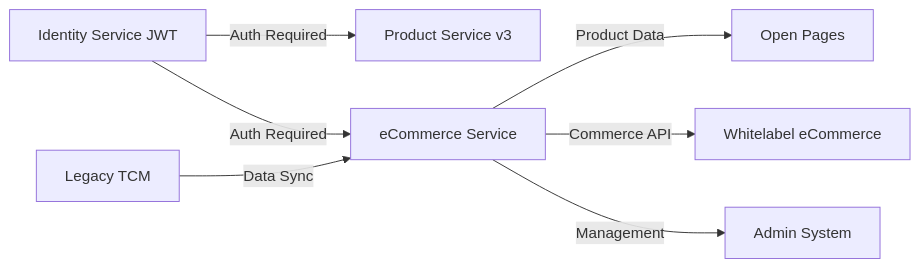
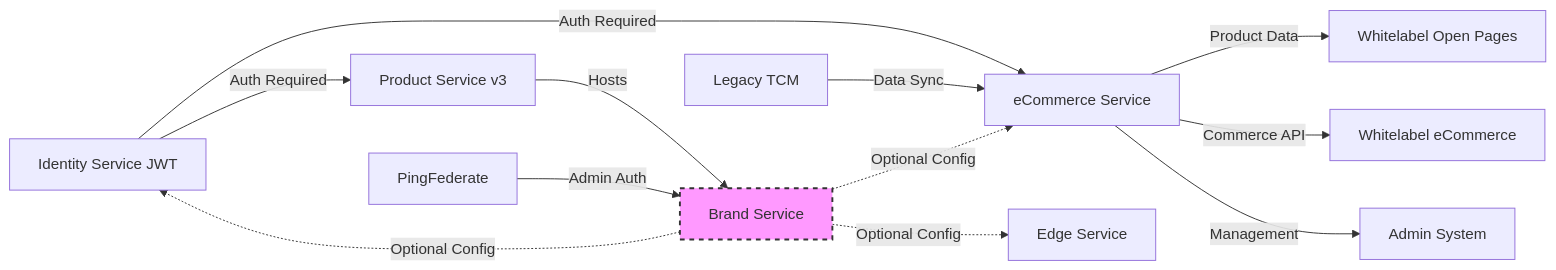
The diagram in docs/portfolio/documentation/dependency-matrix.md (Nschumi/work-docs-work), drawn with Mermaid before and after one commit. The commit also changed other lines of this file and 18 other files, not shown here.

````diff
--- a/docs/portfolio/documentation/dependency-matrix.md
+++ b/docs/portfolio/documentation/dependency-matrix.md
@@ -23,9 +27,17 @@
 ```mermaid
 graph LR
     A[Identity Service JWT] -->|Auth Required| B[Product Service v3]
     A -->|Auth Required| C[eCommerce Service]
-    C -->|Product Data| D[Open Pages]
+    C -->|Product Data| D[Whitelabel Open Pages]
     C -->|Commerce API| E[Whitelabel eCommerce]
     C -->|Management| F[Admin System]
     G[Legacy TCM] -->|Data Sync| C
+    
+    H[Brand Service] -.->|Optional Config| C
+    H -.->|Optional Config| I[Edge Service]
+    H -.->|Optional Config| A
+    B -->|Hosts| H
+    J[PingFederate] -->|Admin Auth| H
+    
+    style H fill:#f9f,stroke:#333,stroke-width:2px,stroke-dasharray: 5 5
 ```
````
